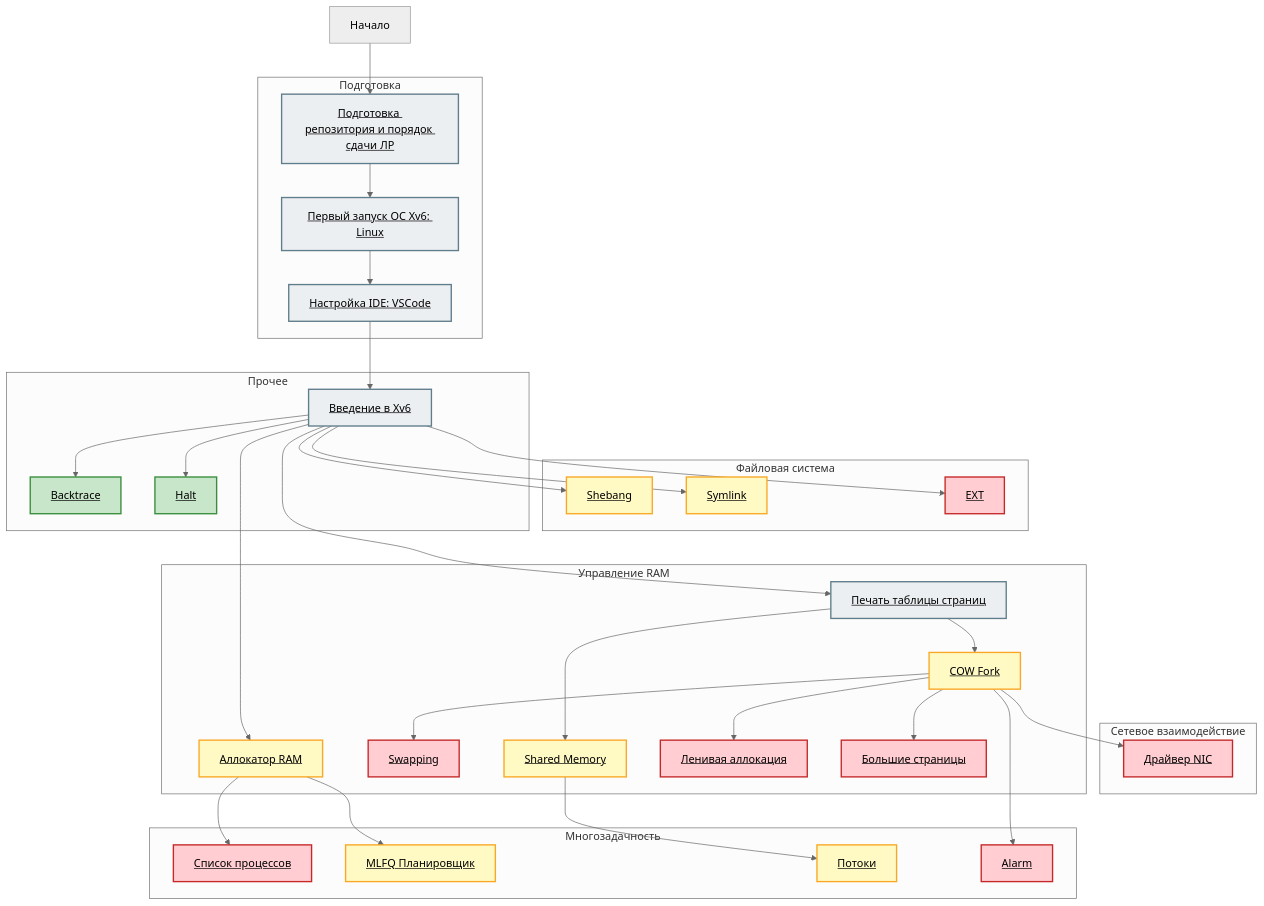
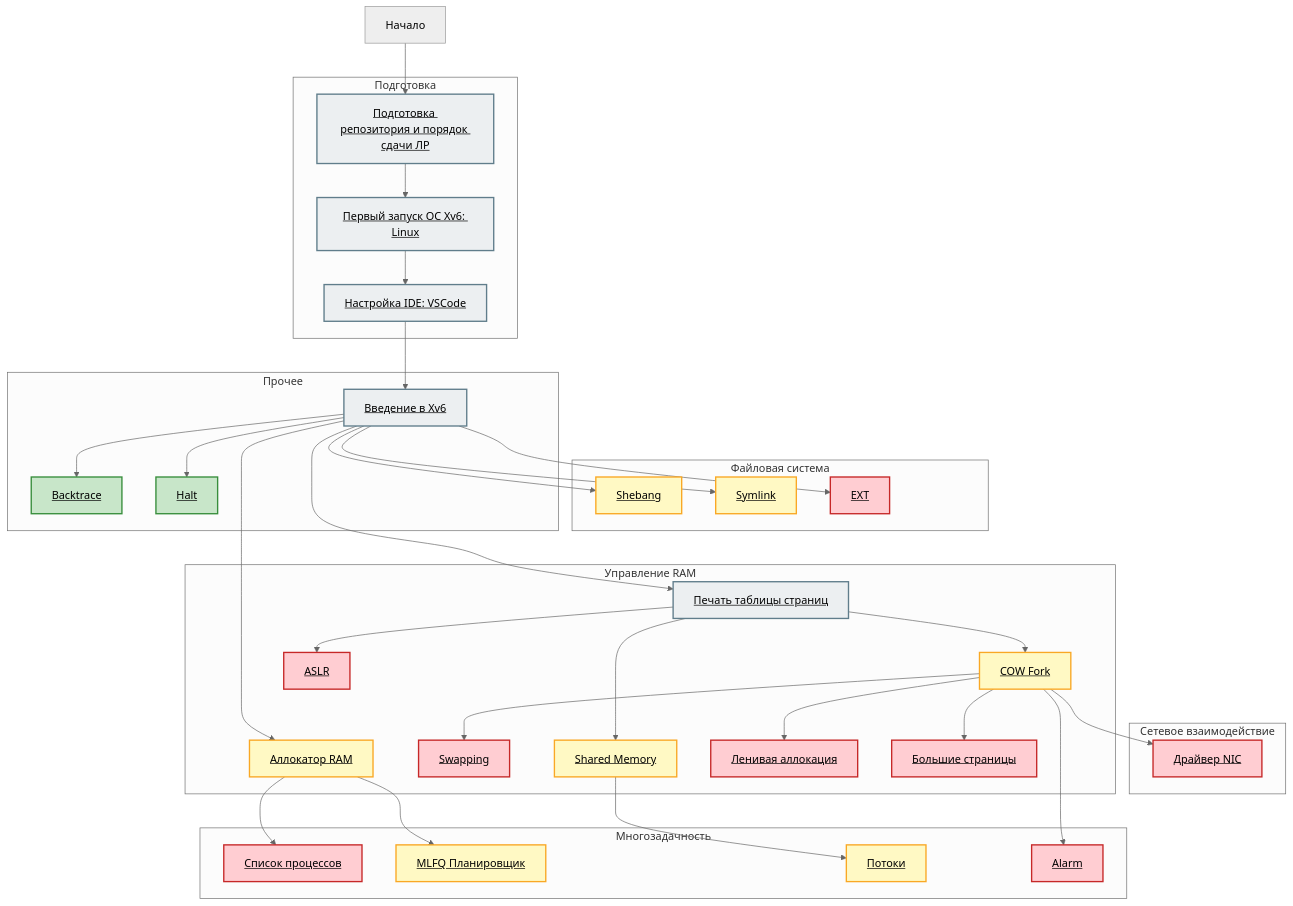
One commit to secs-dev/xv6-riscv changed the diagram in README.md. Above: the diagram before and after it, drawn with Mermaid (neutral theme). The commit also changed 1 other file, not shown here.

````diff
--- a/README.md
+++ b/README.md
@@ -41,6 +41,7 @@
         swap["<a href='/doc/lab/swap.md' style='color:black;'>Swapping</a>"]
         lazyalloc["<a href='/doc/lab/lazyalloc.md' style='color:black;'>Ленивая аллокация</a>"]
         hugepage["<a href='/doc/lab/hugepage.md' style='color:black;'>Большие страницы</a>"]
+        aslr["<a href='/doc/lab/aslr.md' style='color:black;'>ASLR</a>"]
     end
 
     start --> repo
@@ -64,13 +65,13 @@
 
     intro --> filealloc
     intro --> pteprint
+    pteprint --> aslr
     pteprint --> shmem
     pteprint --> cow
     cow --> hugepage
     cow --> lazyalloc
     cow --> swap
 
-    %% invisible edges to force layout: FS above RAM, NIC left of RAM, mp below RAM
     ext ~~~ filealloc
     ext ~~~ pteprint
     nic ~~~ cow
@@ -99,5 +100,5 @@
 
     class pteprint free
     class filealloc,cow,shmem medium
-    class swap,lazyalloc,hugepage hard
+    class aslr,swap,lazyalloc,hugepage hard
 ```
````
